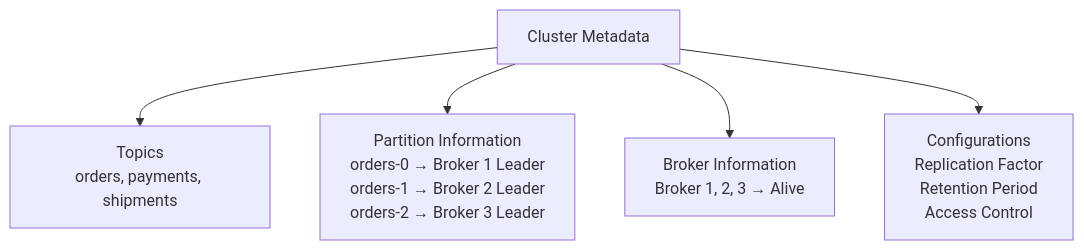
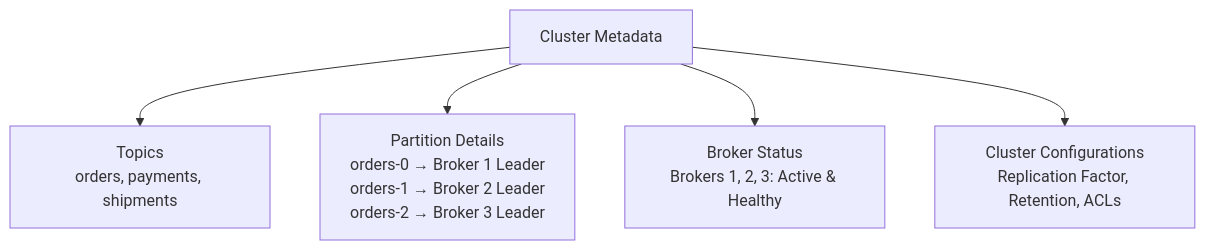
The second of 16 diagrams in Inbox/Kafka_Obsidian_Organized/04 - Replication and KRaft/008-KRaft_and_Cluster_Consensus.md (Siddpawar9222/Obsidian-Vault), drawn with Mermaid before and after one commit. The commit also changed other lines of this file and 46 other files, not shown here.

````diff
--- a/Inbox/Kafka_Obsidian_Organized/04 - Replication and KRaft/008-KRaft_and_Cluster_Consensus.md
+++ b/Inbox/Kafka_Obsidian_Organized/04 - Replication and KRaft/008-KRaft_and_Cluster_Consensus.md
@@ -73,8 +53,8 @@
 ```mermaid
 flowchart TD
     M["Cluster Metadata"]
     M --> T["Topics<br/>orders, payments, shipments"]
-    M --> P["Partition Information<br/>orders-0 → Broker 1 Leader<br/>orders-1 → Broker 2 Leader<br/>orders-2 → Broker 3 Leader"]
-    M --> BI["Broker Information<br/>Broker 1, 2, 3 → Alive"]
-    M --> C["Configurations<br/>Replication Factor<br/>Retention Period<br/>Access Control"]
+    M --> P["Partition Details<br/>orders-0 → Broker 1 Leader<br/>orders-1 → Broker 2 Leader<br/>orders-2 → Broker 3 Leader"]
+    M --> BI["Broker Status<br/>Brokers 1, 2, 3: Active & Healthy"]
+    M --> C["Cluster Configurations<br/>Replication Factor, Retention, ACLs"]
 ```
````
